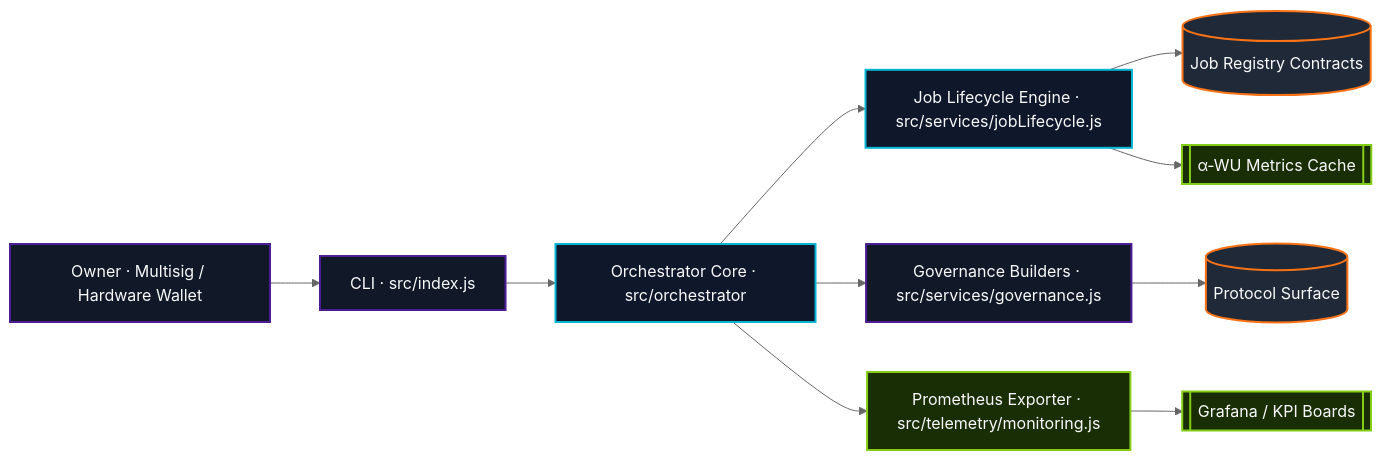
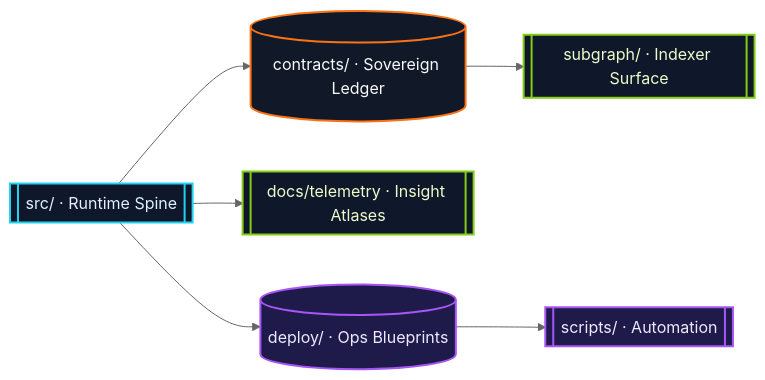
Before and after one commit to MontrealAI/AGI-Alpha-Node-v0: the first of 3 diagrams in README.md, drawn with Mermaid (neutral theme). The commit also changed other lines of this file and 4 other files, not shown here.

````diff
--- a/README.md
+++ b/README.md
@@ -70,17 +80,13 @@
 ```mermaid
 flowchart LR
-  classDef control fill:#111827,stroke:#4c1d95,stroke-width:2px,color:#f8fafc;
-  classDef runtime fill:#0f172a,stroke:#06b6d4,stroke-width:2px,color:#f8fafc;
-  classDef chain fill:#1f2937,stroke:#f97316,stroke-width:2px,color:#f8fafc;
-  classDef insight fill:#1a2e05,stroke:#84cc16,stroke-width:2px,color:#f8fafc;
+  classDef compute fill:#0f172a,stroke:#22d3ee,stroke-width:2px,color:#e0f2fe;
+  classDef chain fill:#111827,stroke:#f97316,stroke-width:2px,color:#f8fafc;
+  classDef ops fill:#1e1b4b,stroke:#a855f7,stroke-width:2px,color:#ede9fe;
+  classDef insight fill:#0f172a,stroke:#84cc16,stroke-width:2px,color:#ecfccb;
 
-  Owner["Owner · Multisig / Hardware Wallet"]:::control --> CLI["CLI · src/index.js"]:::control
-  CLI --> Orchestrator["Orchestrator Core · src/orchestrator"]:::runtime
-  Orchestrator --> Lifecycle["Job Lifecycle Engine · src/services/jobLifecycle.js"]:::runtime
-  Orchestrator --> Governance["Governance Builders · src/services/governance.js"]:::control
-  Orchestrator --> Telemetry["Prometheus Exporter · src/telemetry/monitoring.js"]:::insight
-  Lifecycle --> Registry[("Job Registry Contracts")]:::chain
-  Governance --> Chain[("Protocol Surface")]:::chain
-  Telemetry --> Dashboards[["Grafana / KPI Boards"]]:::insight
-  Lifecycle --> Metrics[["α‑WU Metrics Cache"]]:::insight
+  Runtime[[src/ · Runtime Spine]]:::compute --> Contracts[(contracts/ · Sovereign Ledger)]:::chain
+  Runtime --> Telemetry[[docs/telemetry · Insight Atlases]]:::insight
+  Runtime --> Deploy[(deploy/ · Ops Blueprints)]:::ops
+  Contracts --> Subgraph[[subgraph/ · Indexer Surface]]:::insight
+  Deploy --> Scripts[[scripts/ · Automation]]:::ops
 ```
````
